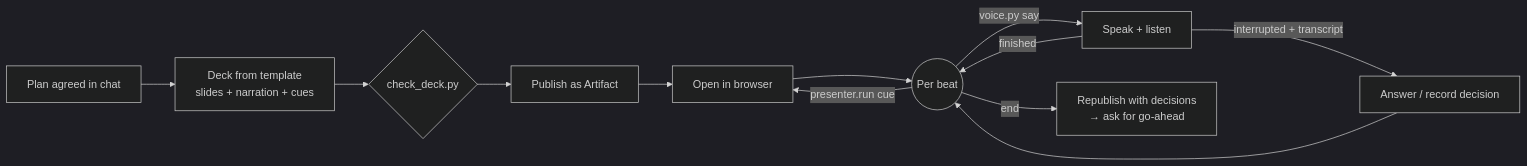
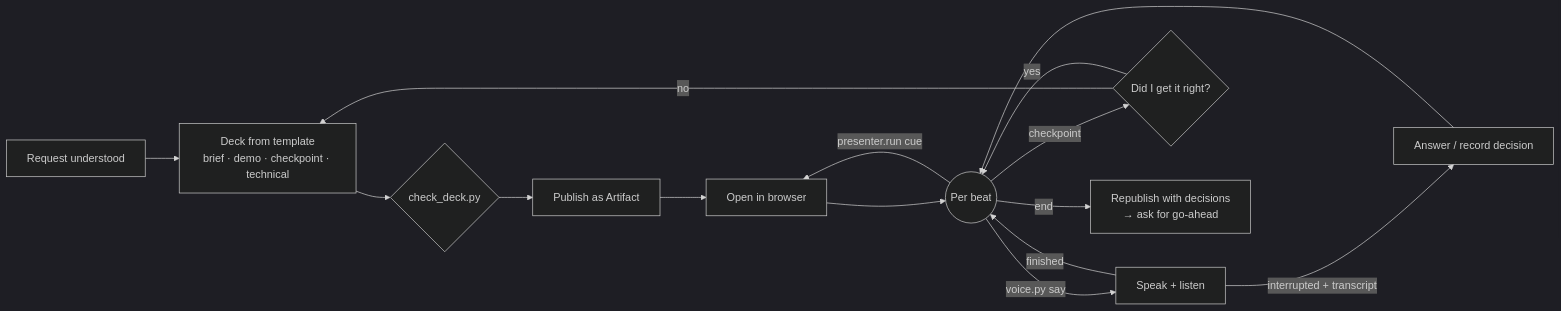
Before and after one commit to EhsanRS/ClaudeCode-Show-and-Discuss-skill: the diagram in README.md, drawn with Mermaid (dark theme). The commit also changed other lines of this file and 23 other files, not shown here.

First line of the commit message:
Restructure presentations as demo first, technical second

````diff
--- a/README.md
+++ b/README.md
@@ -158,14 +168,17 @@
 ```mermaid
 flowchart LR
-    P[Plan agreed in chat] --> D[Deck from template<br/>slides + narration + cues]
+    P[Request understood] --> D[Deck from template<br/>brief · demo · checkpoint · technical]
     D --> V{check_deck.py}
     V --> A[Publish as Artifact]
     A --> B[Open in browser]
     B --> L((Per beat))
     L -->|presenter.run cue| B
     L -->|voice.py say| S[Speak + listen]
     S -->|finished| L
     S -->|interrupted + transcript| Q[Answer / record decision]
     Q --> L
+    L -->|checkpoint| C{Did I get it right?}
+    C -->|no| D
+    C -->|yes| L
     L -->|end| W[Republish with decisions<br/>→ ask for go-ahead]
 ```
````
